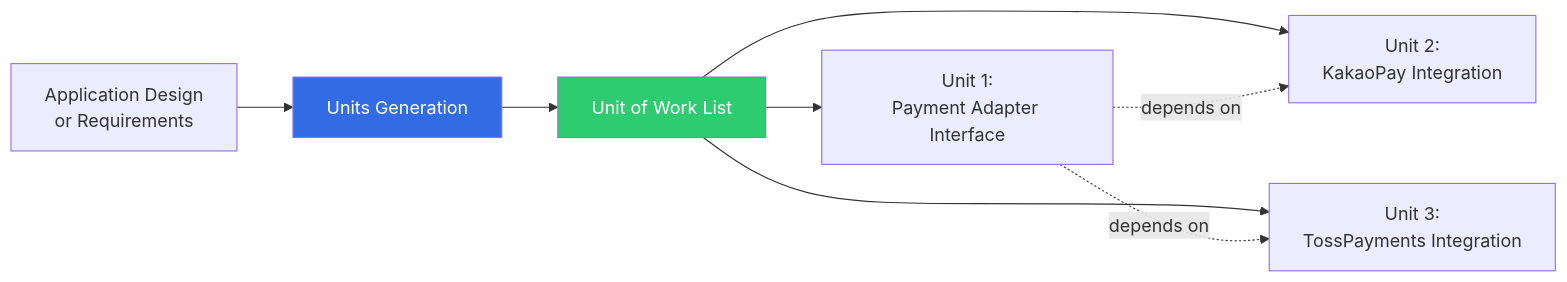
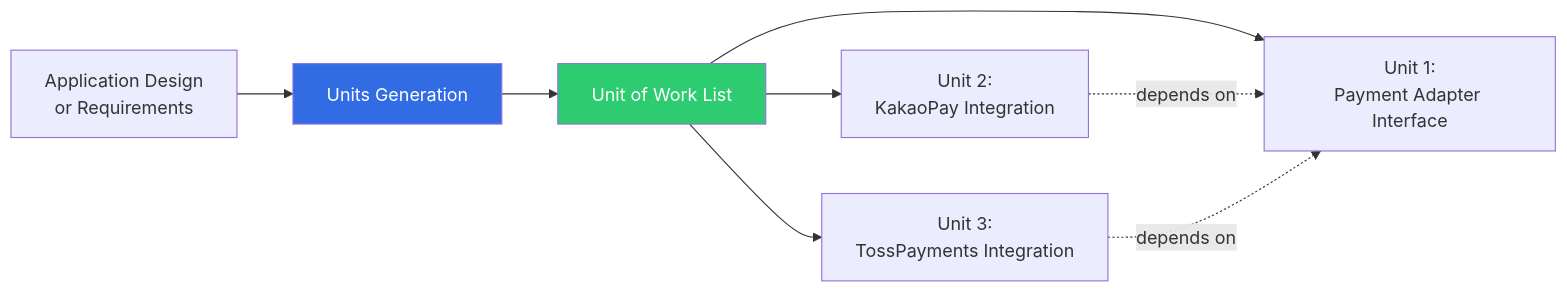
Before and after one commit to devfloor9/engineering-playbook: the seventh of 9 diagrams in i18n/ko/docusaurus-plugin-content-docs/current/aidlc/methodology/adaptive-execution.md, drawn with Mermaid. The commit also changed other lines of this file and 3 other files, not shown here.

````diff
--- a/i18n/ko/docusaurus-plugin-content-docs/current/aidlc/methodology/adaptive-execution.md
+++ b/i18n/ko/docusaurus-plugin-content-docs/current/aidlc/methodology/adaptive-execution.md
@@ -274,15 +276,15 @@
 ```mermaid
 flowchart LR
     AD_OR_REQ[Application Design<br/>or Requirements] --> UG[Units Generation]
     UG --> UNITS[Unit of Work List]
 
     UNITS --> U1[Unit 1:<br/>Payment Adapter Interface]
     UNITS --> U2[Unit 2:<br/>KakaoPay Integration]
     UNITS --> U3[Unit 3:<br/>TossPayments Integration]
 
-    U1 -.depends on.-> U2
-    U1 -.depends on.-> U3
+    U2 -.depends on.-> U1
+    U3 -.depends on.-> U1
 
     style UG fill:#326ce5,color:#fff
     style UNITS fill:#2ecc71,color:#fff
 ```
````
